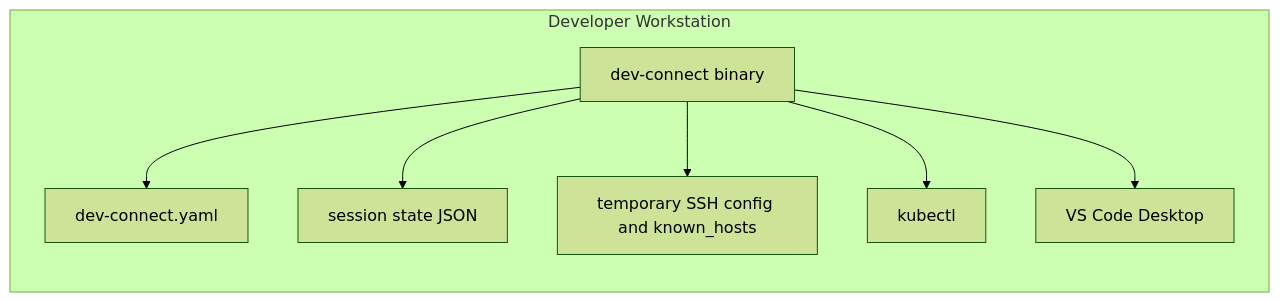
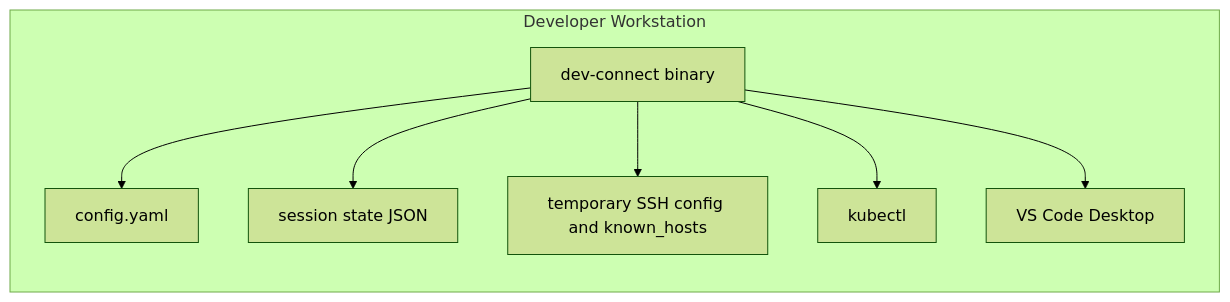
One commit to anwendt/dev-connect changed the second of 3 diagrams in docs/deployment-diagrams.md. Above: the diagram before and after it, drawn with Mermaid (forest theme). The commit also changed other lines of this file and 26 other files, not shown here.

````diff
--- a/docs/deployment-diagrams.md
+++ b/docs/deployment-diagrams.md
@@ -40,17 +40,17 @@
 ```mermaid
 flowchart LR
     subgraph Workstation["Developer Workstation"]
         BIN["dev-connect binary"]
-        CFG["dev-connect.yaml"]
+        CFG["config.yaml"]
         STATE["session state JSON"]
         TEMP["temporary SSH config and known_hosts"]
         K["kubectl"]
         CODE["VS Code Desktop"]
     end
 
     BIN --> CFG
     BIN --> STATE
     BIN --> TEMP
     BIN --> K
     BIN --> CODE
 ```
````
